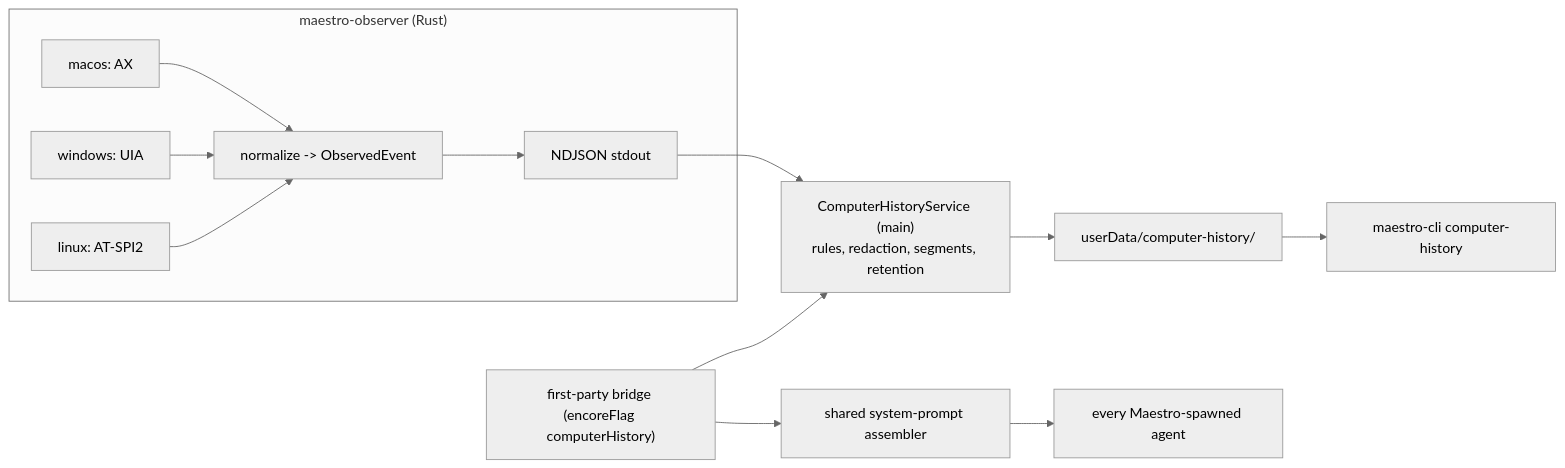
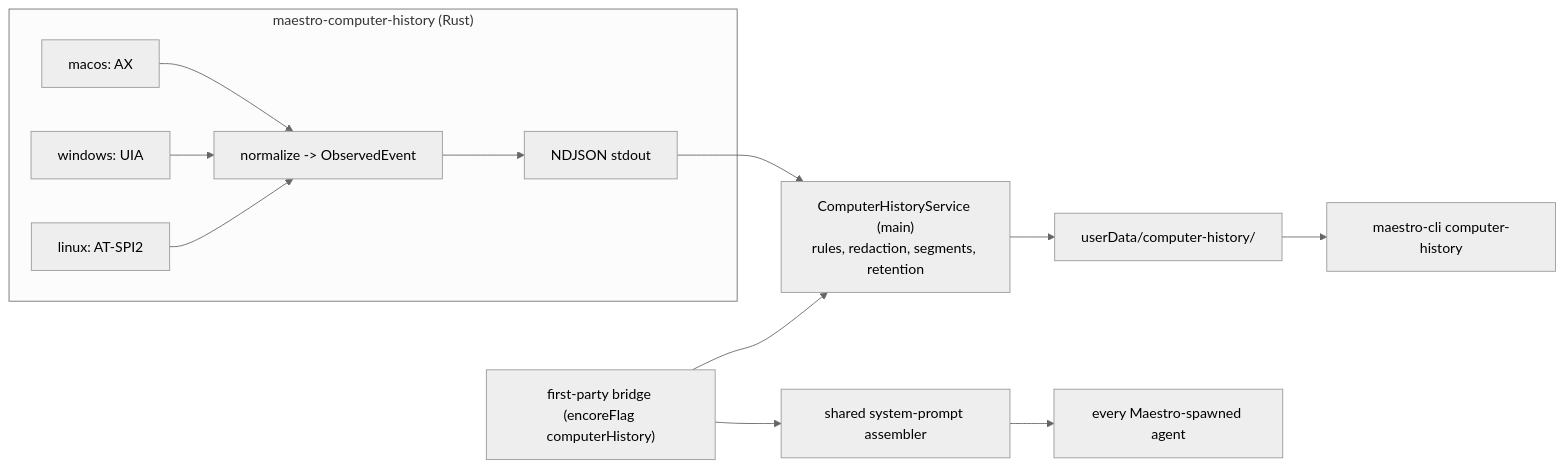
The diagram in Plans/computer-history-plan.md (0xH3li0/Maestro), drawn with Mermaid (neutral theme) before and after one commit. The commit also changed other lines of this file and 31 other files, not shown here.

First line of the commit message:
feat(computer-history): rename helper to maestro-computer-history, fail packages that lack it

````diff
--- a/Plans/computer-history-plan.md
+++ b/Plans/computer-history-plan.md
@@ -33,15 +33,15 @@
 ```mermaid
 flowchart LR
-  subgraph helper["maestro-observer (Rust)"]
+  subgraph helper["maestro-computer-history (Rust)"]
     M[macos: AX] --> N
     W[windows: UIA] --> N
     L[linux: AT-SPI2] --> N
     N[normalize -> ObservedEvent] --> O[NDJSON stdout]
   end
   O --> S["ComputerHistoryService (main)<br/>rules, redaction, segments, retention"]
   S --> D["userData/computer-history/"]
   D --> C["maestro-cli computer-history"]
   P["first-party bridge (encoreFlag computerHistory)"] --> S
   P --> SP["shared system-prompt assembler"]
   SP --> A["every Maestro-spawned agent"]
 ```
````
